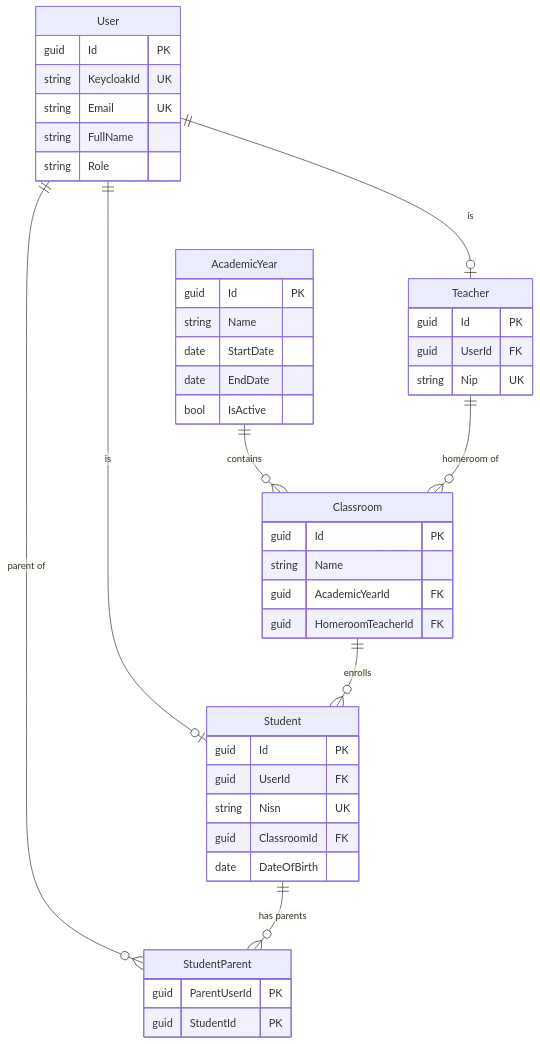
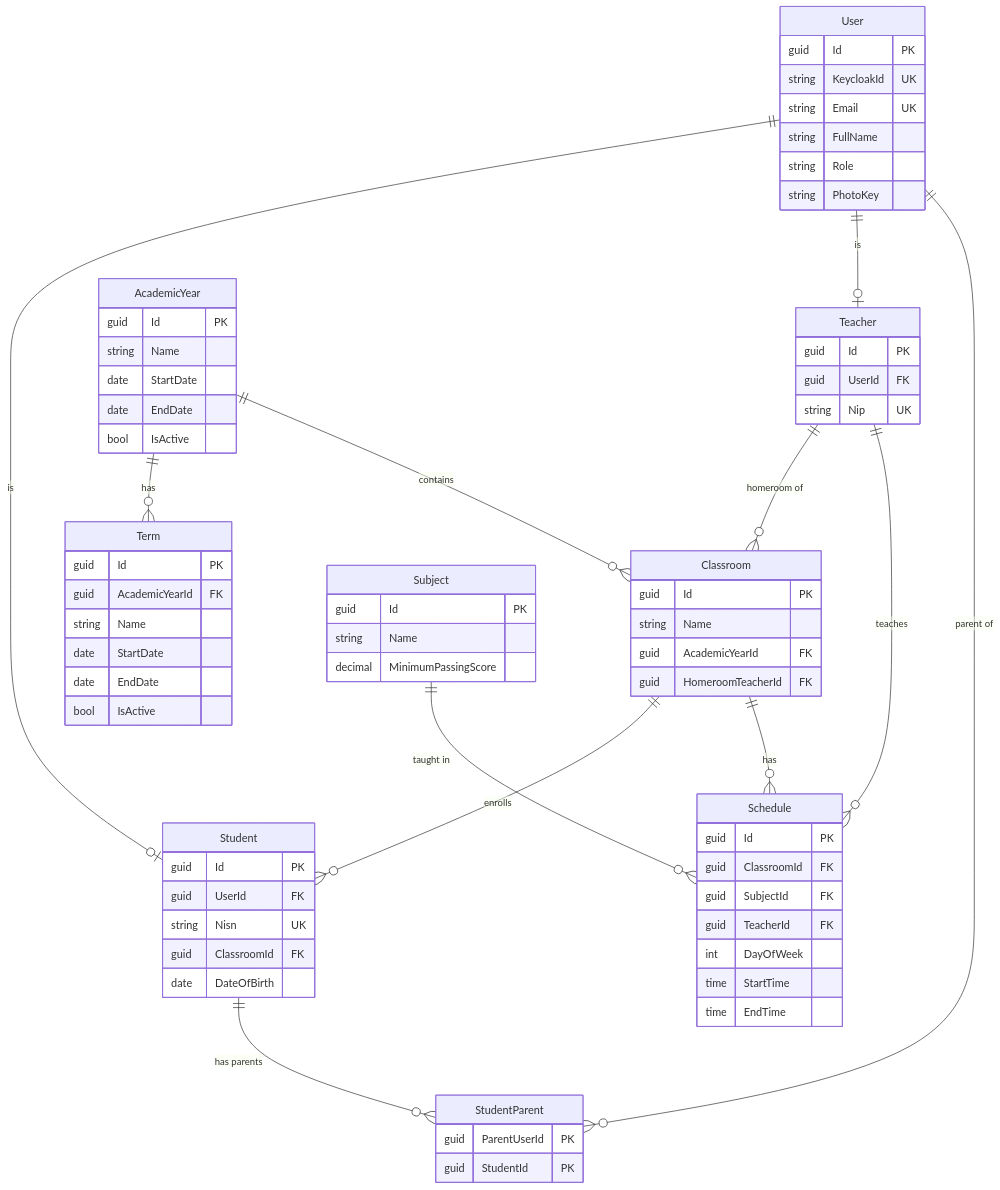
One commit to ridhwanhabib18/schomans changed the third of 9 diagrams in docs/en/system-design.md. Above: the diagram before and after it, drawn with Mermaid. The commit also changed other lines of this file and 9 other files, not shown here.

````diff
--- a/docs/en/system-design.md
+++ b/docs/en/system-design.md
@@ -117,48 +118,75 @@
 ```mermaid
 %% Source: diagrams/erd.mmd (people & school structure)
 erDiagram
   User ||--o| Student : "is"
   User ||--o| Teacher : "is"
   User ||--o{ StudentParent : "parent of"
   Student ||--o{ StudentParent : "has parents"
+  AcademicYear ||--o{ Term : "has"
   AcademicYear ||--o{ Classroom : "contains"
   Teacher ||--o{ Classroom : "homeroom of"
   Classroom ||--o{ Student : "enrolls"
+  Classroom ||--o{ Schedule : "has"
+  Subject ||--o{ Schedule : "taught in"
+  Teacher ||--o{ Schedule : "teaches"
 
   User {
     guid Id PK
     string KeycloakId UK
     string Email UK
     string FullName
     string Role
+    string PhotoKey
   }
   Student {
     guid Id PK
     guid UserId FK
     string Nisn UK
     guid ClassroomId FK
     date DateOfBirth
   }
+  StudentParent {
+    guid ParentUserId PK
+    guid StudentId PK
+  }
   Teacher {
     guid Id PK
     guid UserId FK
     string Nip UK
   }
-  StudentParent {
-    guid ParentUserId PK
-    guid StudentId PK
-  }
   AcademicYear {
     guid Id PK
+    string Name
+    date StartDate
+    date EndDate
+    bool IsActive
+  }
+  Term {
+    guid Id PK
+    guid AcademicYearId FK
     string Name
     date StartDate
     date EndDate
     bool IsActive
   }
   Classroom {
     guid Id PK
     string Name
     guid AcademicYearId FK
     guid HomeroomTeacherId FK
   }
+  Subject {
+    guid Id PK
+    string Name
+    decimal MinimumPassingScore
+  }
+  Schedule {
+    guid Id PK
+    guid ClassroomId FK
+    guid SubjectId FK
+    guid TeacherId FK
+    int DayOfWeek
+    time StartTime
+    time EndTime
+  }
 ```
````
